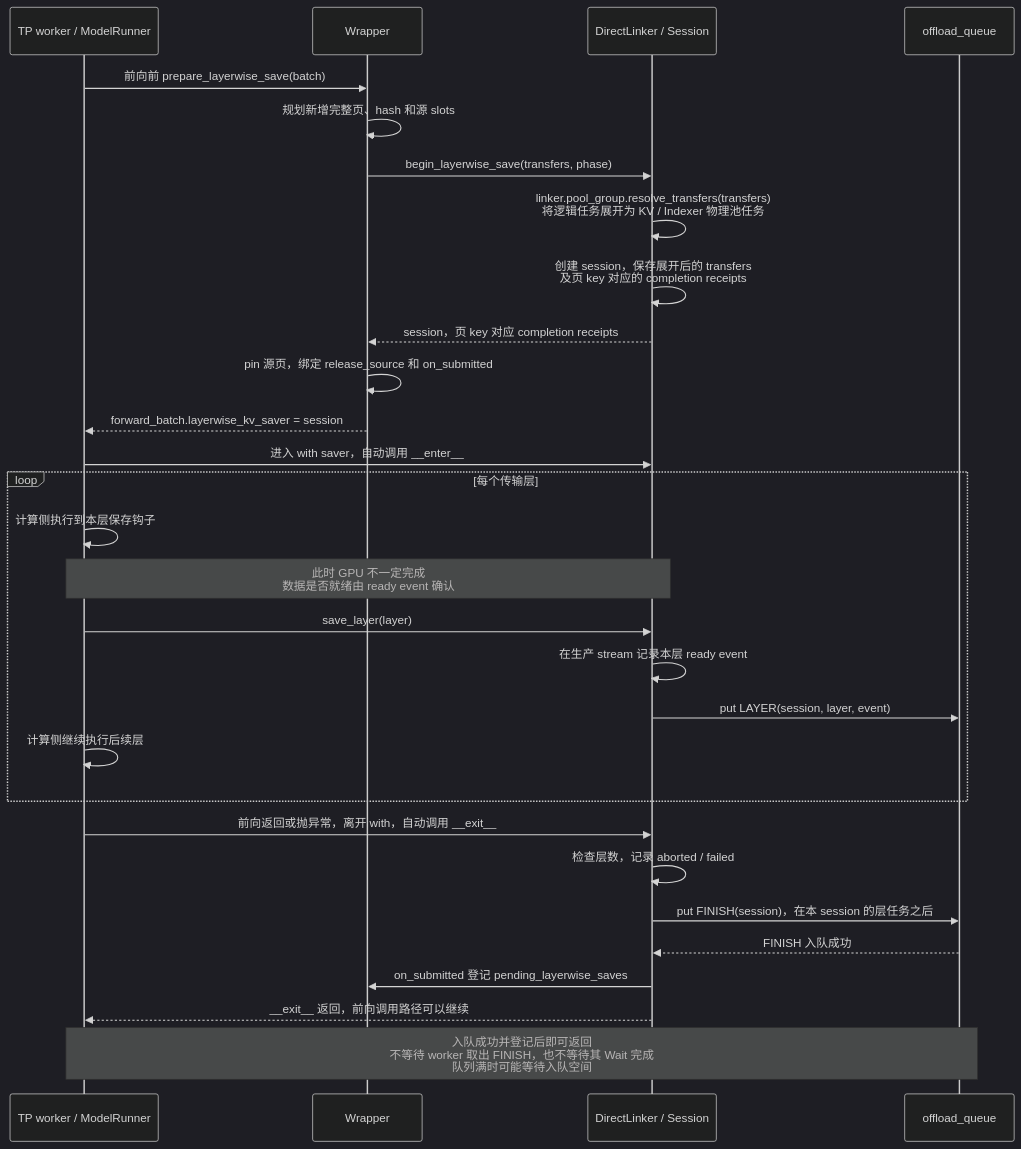
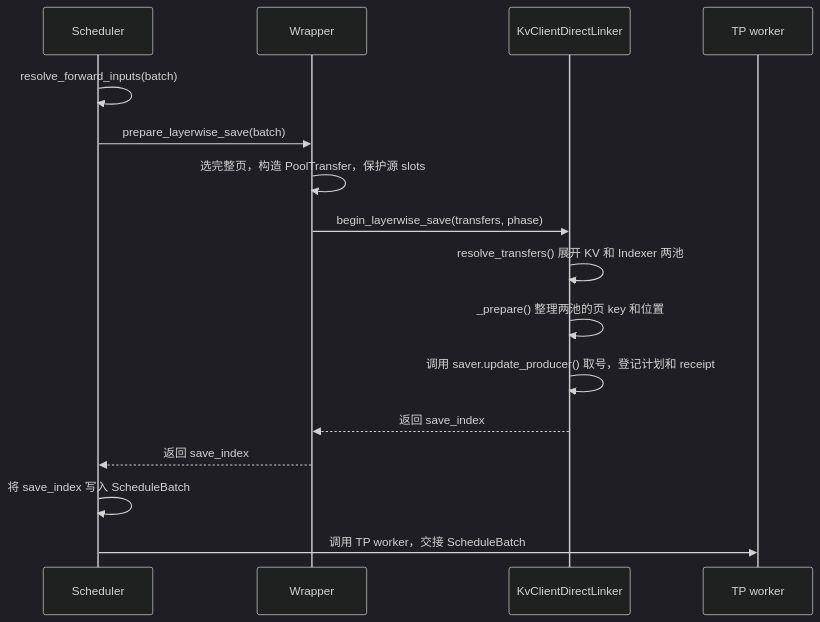
Before and after one commit to yuanzhg078/sglang: diagram 20 of 26 in kv_client_linker_backend_design.md, drawn with Mermaid (dark theme). The commit also changed other lines of this file and 11 other files, not shown here.

Commit message:
Add KvClient linker and DSA layer split design

````diff
--- a/kv_client_linker_backend_design.md
+++ b/kv_client_linker_backend_design.md
@@ -1180,31 +1252,19 @@
 ```mermaid
 sequenceDiagram
-    participant T as TP worker / ModelRunner
+    participant S as Scheduler
     participant W as Wrapper
-    participant S as DirectLinker / Session
-    participant Q as offload_queue
-    T->>W: 前向前 prepare_layerwise_save(batch)
-    W->>W: 规划新增完整页、hash 和源 slots
-    W->>S: begin_layerwise_save(transfers, phase)
-    S->>S: linker.pool_group.resolve_transfers(transfers)<br/>将逻辑任务展开为 KV / Indexer 物理池任务
-    S->>S: 创建 session，保存展开后的 transfers<br/>及页 key 对应的 completion receipts
-    S-->>W: session，页 key 对应 completion receipts
-    W->>W: pin 源页，绑定 release_source 和 on_submitted
-    W-->>T: forward_batch.layerwise_kv_saver = session
-    T->>S: 进入 with saver，自动调用 __enter__
-    loop 每个传输层
-        T->>T: 计算侧执行到本层保存钩子
-        Note over T,S: 此时 GPU 不一定完成<br/>数据是否就绪由 ready event 确认
-        T->>S: save_layer(layer)
-        S->>S: 在生产 stream 记录本层 ready event
-        S->>Q: put LAYER(session, layer, event)
-        T->>T: 计算侧继续执行后续层
-    end
-    T->>S: 前向返回或抛异常，离开 with，自动调用 __exit__
-    S->>S: 检查层数，记录 aborted / failed
-    S->>Q: put FINISH(session)，在本 session 的层任务之后
-    Q-->>S: FINISH 入队成功
-    S->>W: on_submitted 登记 pending_layerwise_saves
-    S-->>T: __exit__ 返回，前向调用路径可以继续
-    Note over T,Q: 入队成功并登记后即可返回<br/>不等待 worker 取出 FINISH，也不等待其 Wait 完成<br/>队列满时可能等待入队空间
+    participant L as KvClientDirectLinker
+    participant T as TP worker
+
+    S->>S: resolve_forward_inputs(batch)
+    S->>W: prepare_layerwise_save(batch)
+    W->>W: 选完整页，构造 PoolTransfer，保护源 slots
+    W->>L: begin_layerwise_save(transfers, phase)
+    L->>L: resolve_transfers() 展开 KV 和 Indexer 两池
+    L->>L: _prepare() 整理两池的页 key 和位置
+    L->>L: 调用 saver.update_producer() 取号，登记计划和 receipt
+    L-->>W: 返回 save_index
+    W-->>S: 返回 save_index
+    S->>S: 将 save_index 写入 ScheduleBatch
+    S->>T: 调用 TP worker，交接 ScheduleBatch
 ```
````
